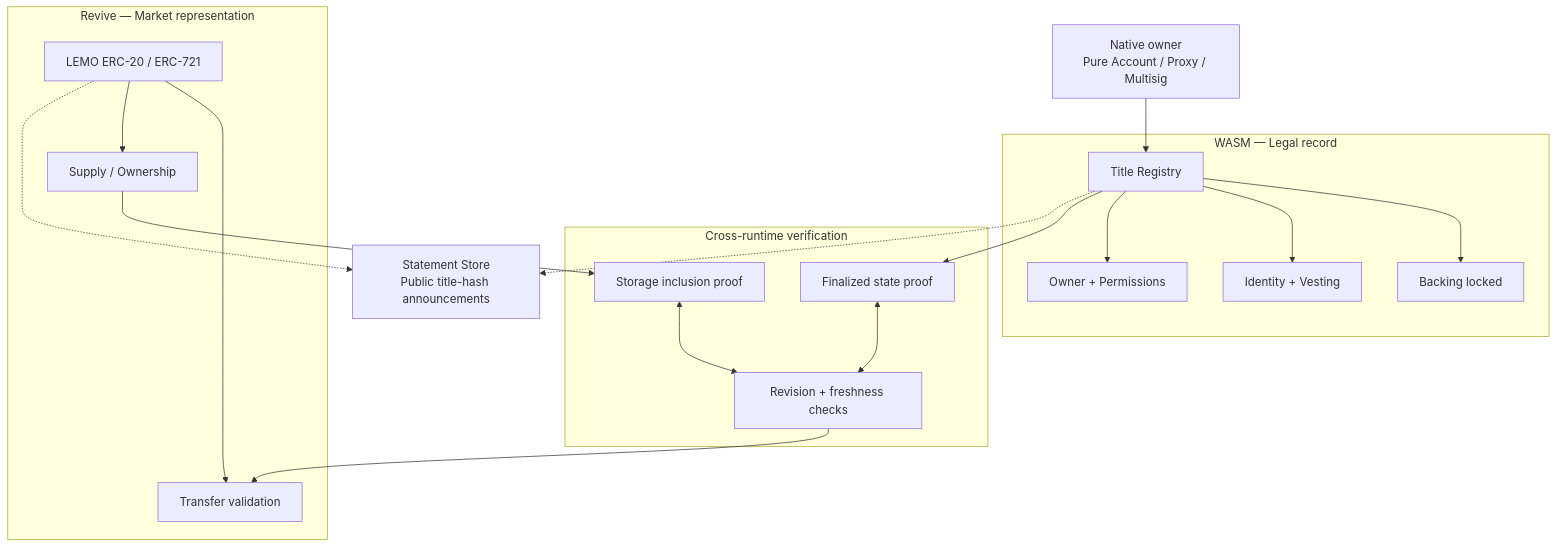
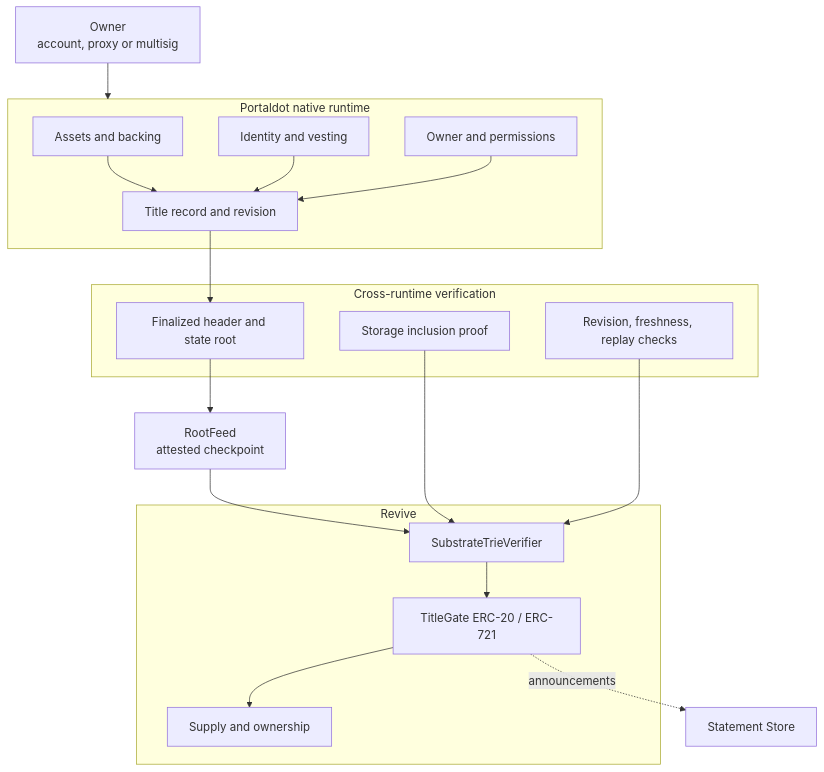
Before and after one commit to subheeksh5599/lemo: the diagram in README.md, drawn with Mermaid. The commit also changed other lines of this file and 4 other files, not shown here.

````diff
--- a/README.md
+++ b/README.md
@@ -101,42 +96,38 @@
 ```mermaid
 flowchart TB
-    OWNER["Native owner<br/>Pure Account / Proxy / Multisig"]
+    OWNER["Owner<br/>account, proxy or multisig"]
 
-    subgraph WASM["WASM — Legal record"]
-        W1["Title Registry"]
-        W2["Backing locked"]
-        W3["Identity + Vesting"]
-        W4["Owner + Permissions"]
+    subgraph NATIVE["Portaldot native runtime"]
+        N1["Assets and backing"]
+        N2["Identity and vesting"]
+        N3["Owner and permissions"]
+        N4["Title record and revision"]
     end
 
-    subgraph VERIFY["Cross-runtime verification"]
-        P1["Finalized state proof"]
+    subgraph PROOF["Cross-runtime verification"]
+        P1["Finalized header and state root"]
         P2["Storage inclusion proof"]
-        P3["Revision + freshness checks"]
+        P3["Revision, freshness, replay checks"]
     end
 
-    subgraph EVM["Revive — Market representation"]
-        E1["LEMO ERC-20 / ERC-721"]
-        E2["Transfer validation"]
-        E3["Supply / Ownership"]
+    subgraph EVM["Revive"]
+        E1["TitleGate ERC-20 / ERC-721"]
+        E2["SubstrateTrieVerifier"]
+        E3["Supply and ownership"]
     end
 
-    GOSSIP["Statement Store<br/>Public title-hash announcements"]
+    FEED["RootFeed<br/>attested checkpoint"]
 
-    OWNER --> W1
-    W1 --> W2
-    W1 --> W3
-    W1 --> W4
-
-    W1 --> P1
-    E3 --> P2
-    P1 <--> P3
-    P2 <--> P3
+    OWNER --> NATIVE
+    N1 --> N4
+    N2 --> N4
+    N3 --> N4
+    N4 --> P1
+    P1 --> FEED
+    FEED --> E2
+    P2 --> E2
     P3 --> E2
-
-    E1 --> E2
+    E2 --> E1
     E1 --> E3
-
-    W1 -.-> GOSSIP
-    E1 -.-> GOSSIP
+    E1 -. "announcements" .-> STORE["Statement Store"]
 ```
````
